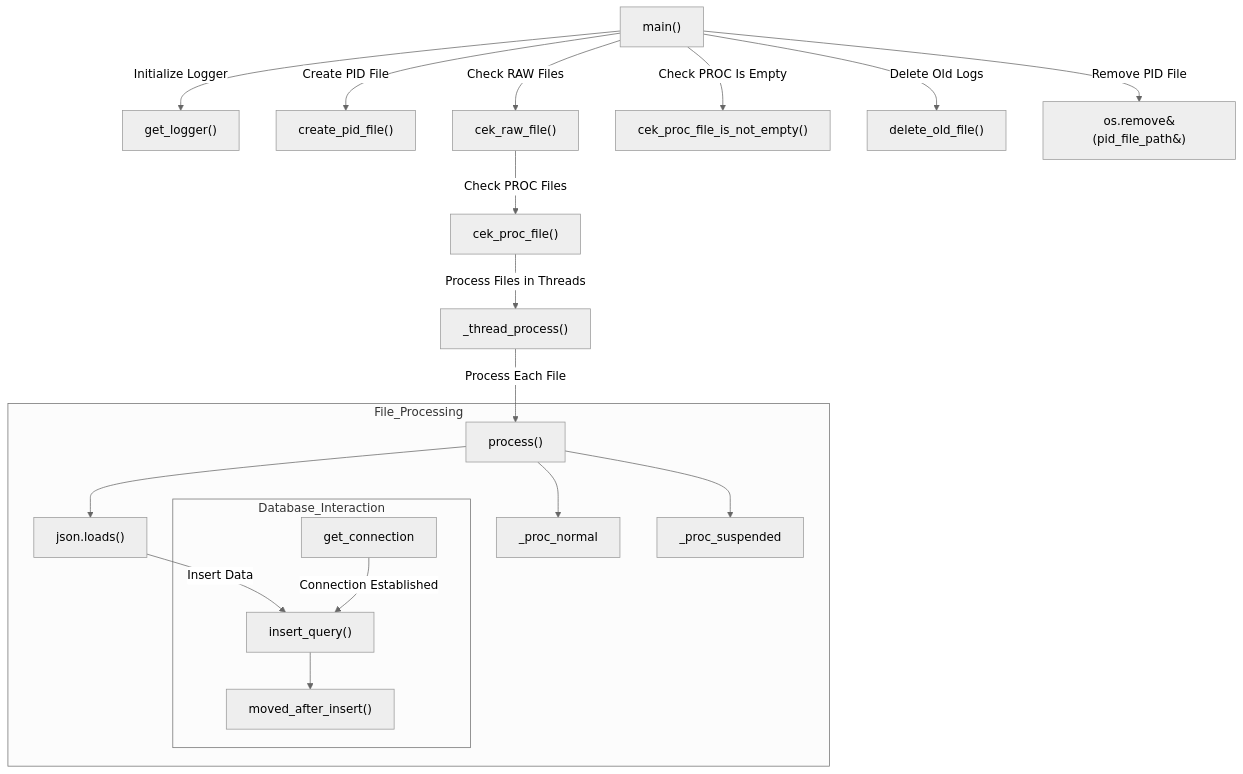
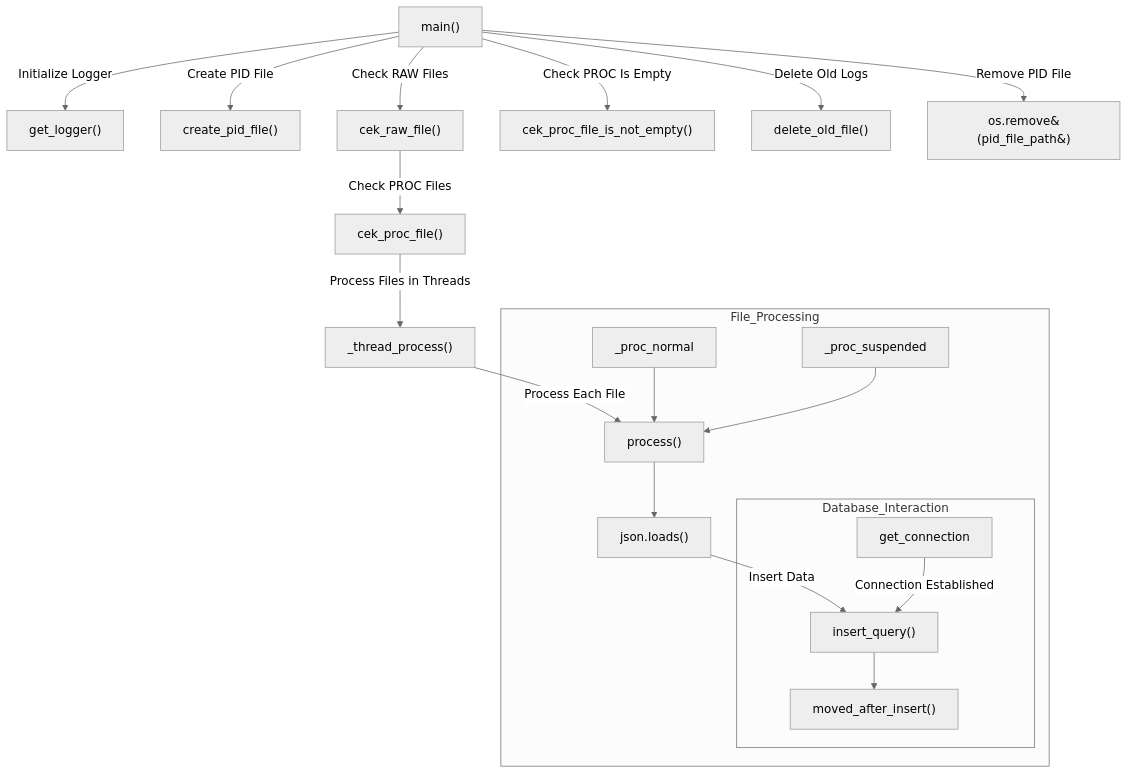
The second of 2 diagrams in UDR/parsing_readme.md (maulanaady/psn), drawn with Mermaid (neutral theme) before and after one commit.

Commit message:
update readme file

````diff
--- a/UDR/parsing_readme.md
+++ b/UDR/parsing_readme.md
@@ -155,29 +155,29 @@
 ```mermaid
 graph TD;
     A[main#40;#41;] -->|Initialize Logger| B[get_logger#40;#41;];
     A -->|Create PID File| C[create_pid_file#40;#41;];
     A -->|Check RAW Files| D[cek_raw_file#40;#41;];
     D -->|Check PROC Files| E[cek_proc_file#40;#41;];
     E -->|Process Files in Threads| F[_thread_process#40;#41;];
     F -->|Process Each File| G[process#40;#41;];
 
     H -->|Insert Data| I[insert_query#40;#41;];    
 
     A -->|Check PROC Is Empty| K[cek_proc_file_is_not_empty#40;#41;];
     A -->|Delete Old Logs| L[delete_old_file#40;#41;];
     A -->|Remove PID File| M[os.remove&#40;pid_file_path&#41;];
 
     subgraph File_Processing;
-        G --> _proc_normal;
-        G --> _proc_suspended;
+        _proc_normal --> G;
+        _proc_suspended --> G;
         G --> H[json.loads#40;#41;];
 
         subgraph Database_Interaction;
         get_connection -->|Connection Established| I;
         I --> J[moved_after_insert#40;#41;]
         end;
 
     end;
 
     
 ```
````
